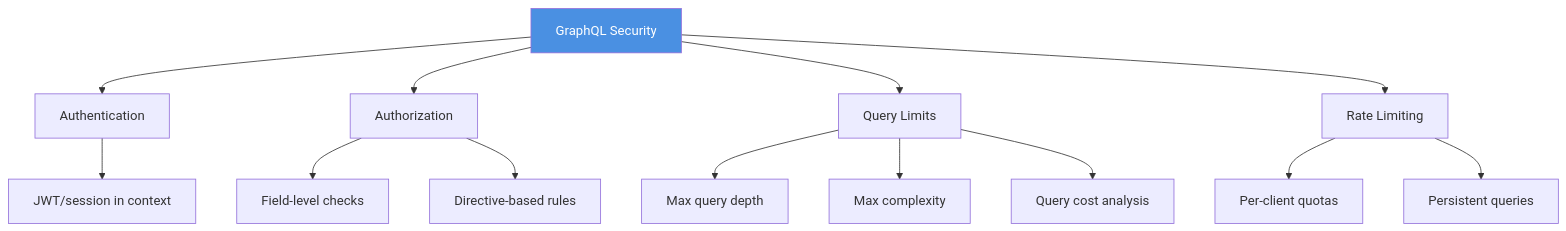
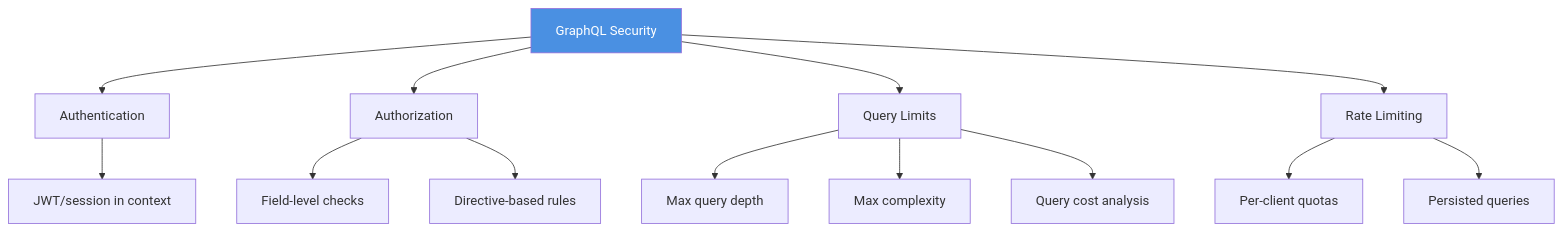
One commit to tobiasbueschel/software-engineering-excellence changed the eighth of 14 diagrams in docs/graphql-best-practices.mdx. Above: the diagram before and after it, drawn with Mermaid. The commit also changed other lines of this file and 30 other files, not shown here.

````diff
--- a/docs/graphql-best-practices.mdx
+++ b/docs/graphql-best-practices.mdx
@@ -619,21 +619,21 @@
 ```mermaid
 graph TB
     A[GraphQL Security] --> B[Authentication]
     A --> C[Authorization]
     A --> D[Query Limits]
     A --> E[Rate Limiting]
 
     B --> B1[JWT/session in context]
 
     C --> C1[Field-level checks]
     C --> C2[Directive-based rules]
 
     D --> D1[Max query depth]
     D --> D2[Max complexity]
     D --> D3[Query cost analysis]
 
     E --> E1[Per-client quotas]
-    E --> E2[Persistent queries]
+    E --> E2[Persisted queries]
 
     style A fill:#4A90E2,color:#fff
 ```
````
